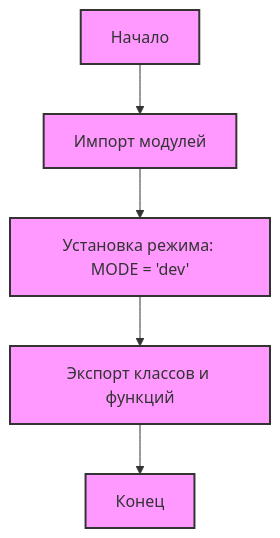
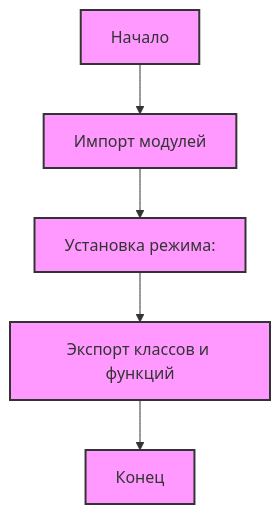
The first of 2 diagrams in docs/gemini/ru/explainer/src/product/__init__.py.md (hypo69/hypo), drawn with Mermaid before and after one commit. The commit also changed other lines of this file and 6031 other files, not shown here.

````diff
--- a/docs/gemini/ru/explainer/src/product/__init__.py.md
+++ b/docs/gemini/ru/explainer/src/product/__init__.py.md
@@ -7,10 +7,10 @@
 ```mermaid
 flowchart TD
     Start[Начало] --> ImportModules[Импорт модулей];
-    ImportModules --> SetMode[Установка режима: MODE = 'dev'];
+    ImportModules --> SetMode[Установка режима: ];
     SetMode --> ExportClassesAndFunctions[Экспорт классов и функций];
     ExportClassesAndFunctions --> End[Конец];
 
     classDef step fill:#f9f,stroke:#333,stroke-width:2px
     class Start,ImportModules,SetMode,ExportClassesAndFunctions,End step
 ```
````
